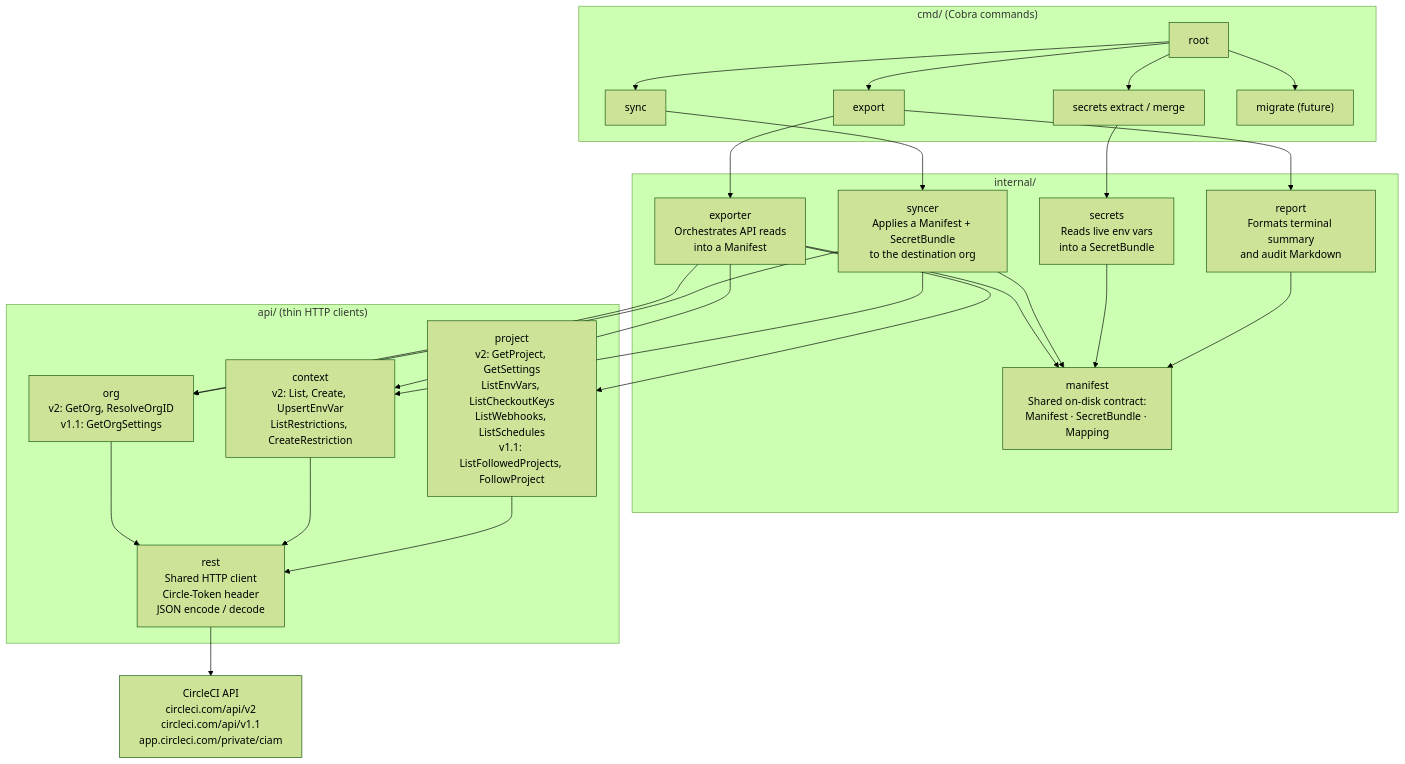
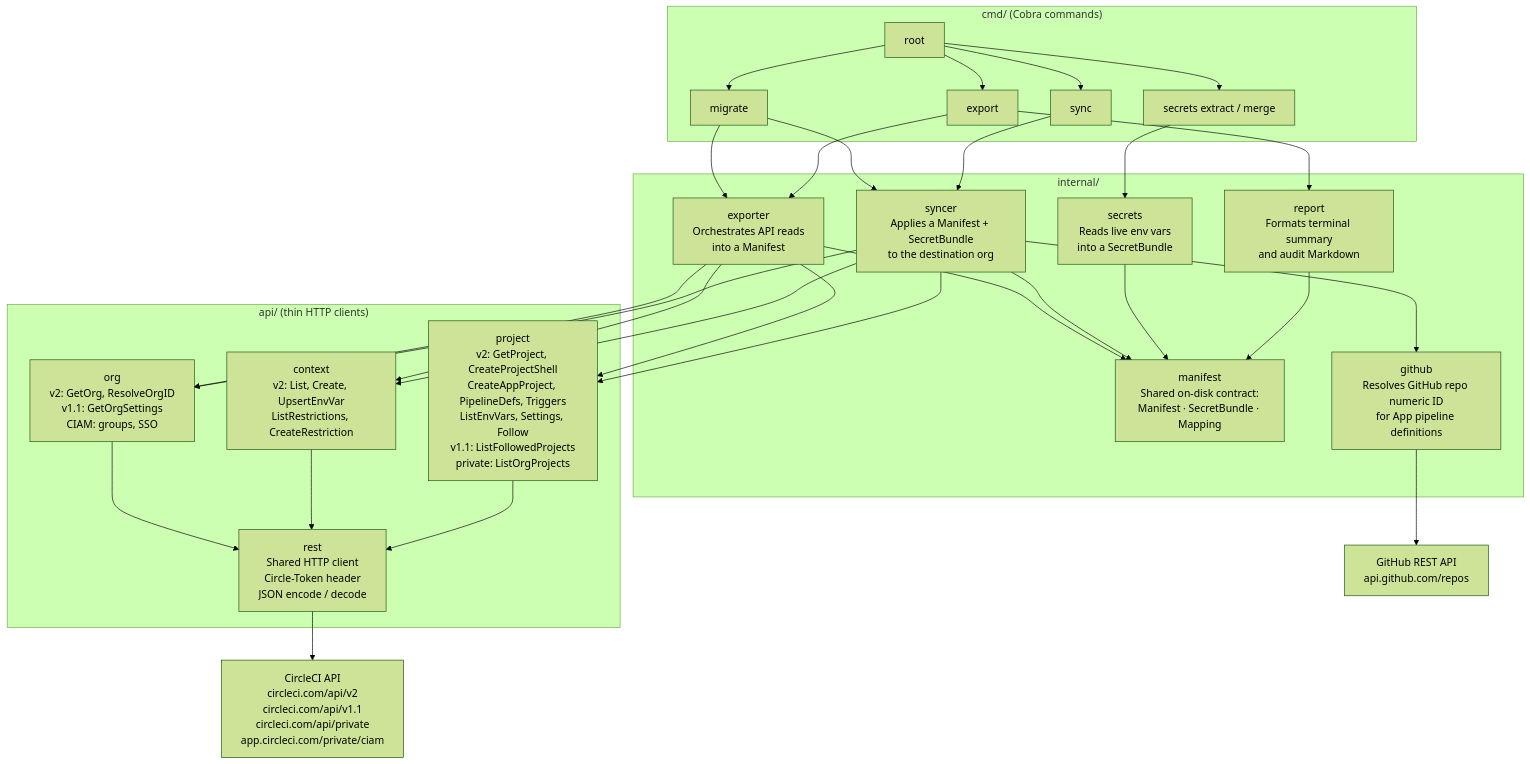
Before and after one commit to AwesomeCICD/circleci-org-migration-cli: the first of 6 diagrams in docs/architecture.md, drawn with Mermaid (forest theme). The commit also changed other lines of this file and 3 other files, not shown here.

First line of the commit message:
docs: refresh for migrate, project creation, and install-from-release

````diff
--- a/docs/architecture.md
+++ b/docs/architecture.md
@@ -10,56 +10,63 @@
 ```mermaid
 graph TD
     subgraph cmd ["cmd/ (Cobra commands)"]
         ROOT[root]
         EXPORT[export]
         SECRETS_CMD["secrets extract / merge"]
         SYNC[sync]
-        MIGRATE["migrate (future)"]
+        MIGRATE[migrate]
     end
 
     subgraph internal ["internal/"]
         EXPORTER["exporter<br/>Orchestrates API reads<br/>into a Manifest"]
         SYNCER["syncer<br/>Applies a Manifest + SecretBundle<br/>to the destination org"]
         SECRETS_PKG["secrets<br/>Reads live env vars<br/>into a SecretBundle"]
         REPORT["report<br/>Formats terminal summary<br/>and audit Markdown"]
         MANIFEST["manifest<br/>Shared on-disk contract:<br/>Manifest · SecretBundle · Mapping"]
+        GITHUB_PKG["github<br/>Resolves GitHub repo numeric ID<br/>for App pipeline definitions"]
     end
 
     subgraph api ["api/ (thin HTTP clients)"]
-        ORG_API["org<br/>v2: GetOrg, ResolveOrgID<br/>v1.1: GetOrgSettings"]
+        ORG_API["org<br/>v2: GetOrg, ResolveOrgID<br/>v1.1: GetOrgSettings<br/>CIAM: groups, SSO"]
         CTX_API["context<br/>v2: List, Create, UpsertEnvVar<br/>ListRestrictions, CreateRestriction"]
-        PROJ_API["project<br/>v2: GetProject, GetSettings<br/>ListEnvVars, ListCheckoutKeys<br/>ListWebhooks, ListSchedules<br/>v1.1: ListFollowedProjects, FollowProject"]
+        PROJ_API["project<br/>v2: GetProject, CreateProjectShell<br/>CreateAppProject, PipelineDefs, Triggers<br/>ListEnvVars, Settings, Follow<br/>v1.1: ListFollowedProjects<br/>private: ListOrgProjects"]
         REST["rest<br/>Shared HTTP client<br/>Circle-Token header<br/>JSON encode / decode"]
     end
 
-    CIRCLE_API["CircleCI API<br/>circleci.com/api/v2<br/>circleci.com/api/v1.1<br/>app.circleci.com/private/ciam"]
+    CIRCLE_API["CircleCI API<br/>circleci.com/api/v2<br/>circleci.com/api/v1.1<br/>circleci.com/api/private<br/>app.circleci.com/private/ciam"]
+    GITHUB_API["GitHub REST API<br/>api.github.com/repos"]
 
     ROOT --> EXPORT
     ROOT --> SECRETS_CMD
     ROOT --> SYNC
     ROOT --> MIGRATE
 
+    MIGRATE --> EXPORTER
+    MIGRATE --> SYNCER
     EXPORT --> EXPORTER
     EXPORT --> REPORT
     SECRETS_CMD --> SECRETS_PKG
     SYNC --> SYNCER
 
     EXPORTER --> ORG_API
     EXPORTER --> CTX_API
     EXPORTER --> PROJ_API
     EXPORTER --> MANIFEST
 
     SYNCER --> ORG_API
     SYNCER --> CTX_API
+    SYNCER --> PROJ_API
     SYNCER --> MANIFEST
+    SYNCER --> GITHUB_PKG
 
     SECRETS_PKG --> MANIFEST
+    REPORT --> MANIFEST
 
-    REPORT --> MANIFEST
+    GITHUB_PKG --> GITHUB_API
 
     ORG_API --> REST
     CTX_API --> REST
     PROJ_API --> REST
 
     REST --> CIRCLE_API
 ```
````
